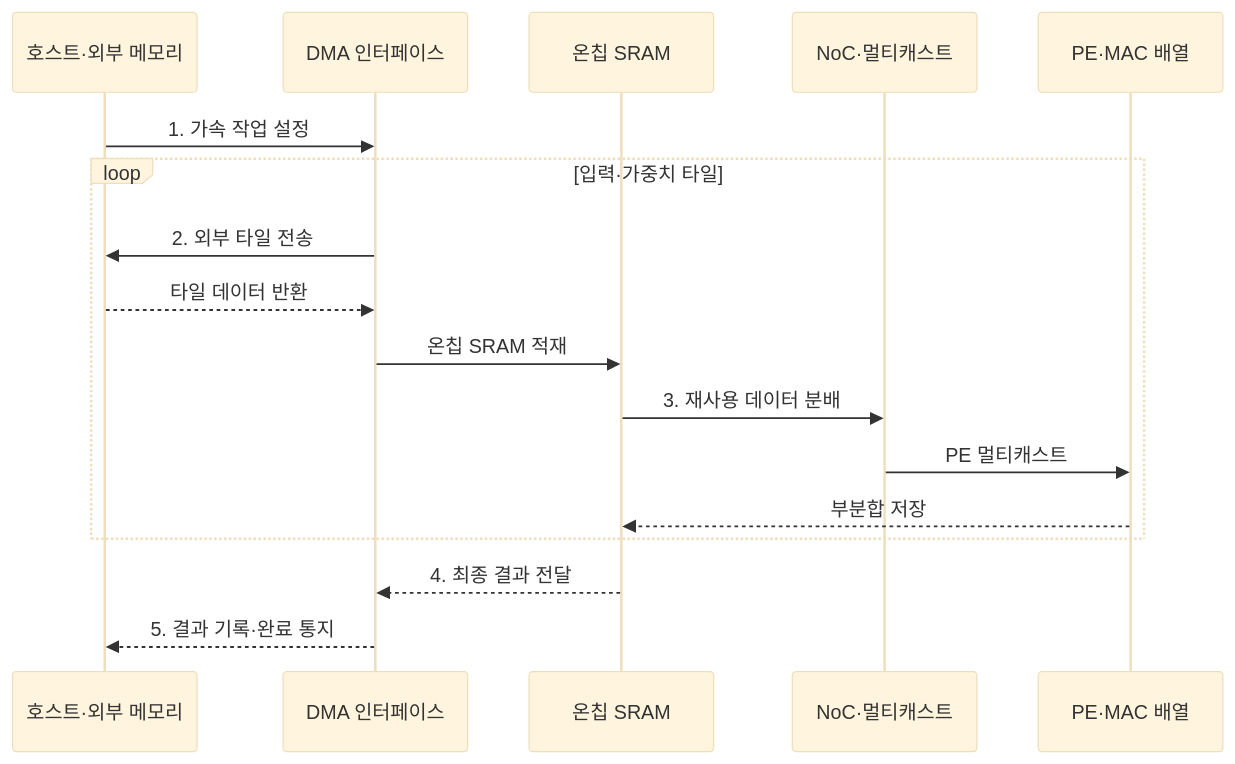
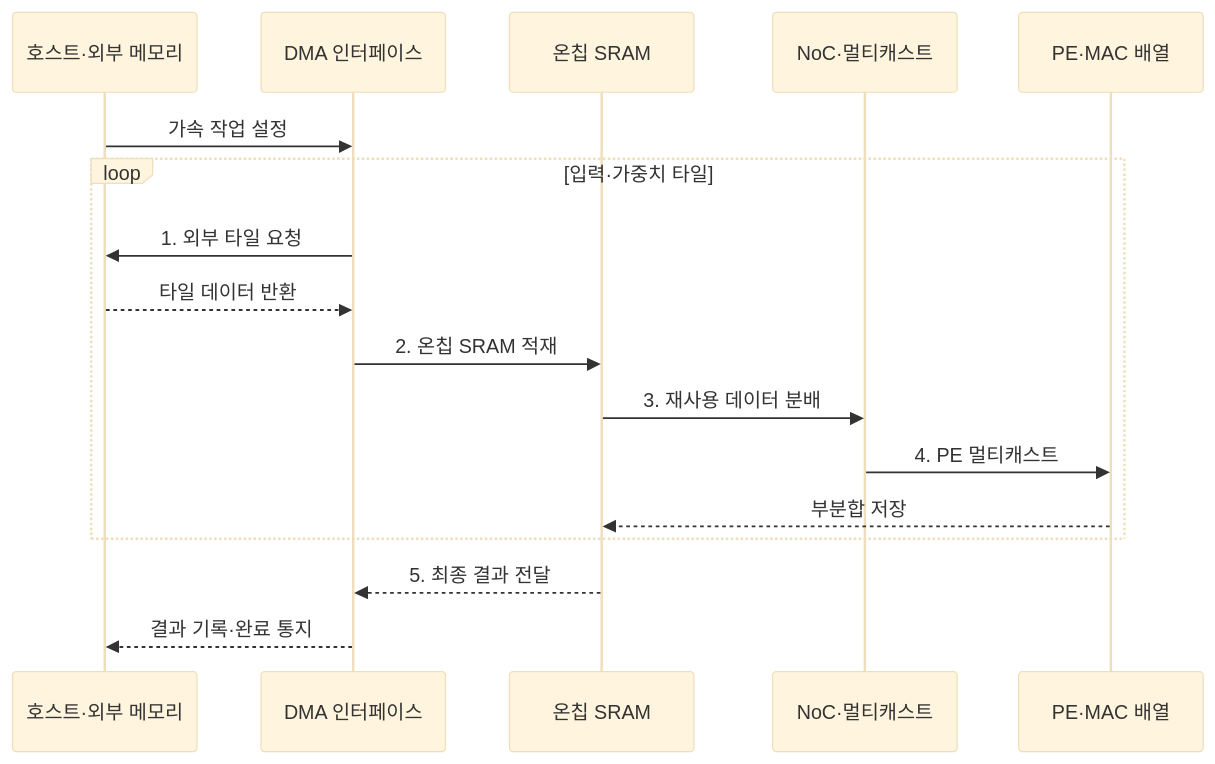
The second of 2 diagrams in src/content/docs/notes/02-hardware/040_asic_ai_acceleration.md (agnusdei1207/knowledge-base), drawn with Mermaid (base theme) before and after one commit. The commit also changed other lines of this file and 20 other files, not shown here.

````diff
--- a/src/content/docs/notes/02-hardware/040_asic_ai_acceleration.md
+++ b/src/content/docs/notes/02-hardware/040_asic_ai_acceleration.md
@@ -94,20 +95,20 @@
 ```mermaid
 sequenceDiagram
     participant H as 호스트·외부 메모리
     participant D as DMA 인터페이스
     participant S as 온칩 SRAM
     participant N as NoC·멀티캐스트
     participant P as PE·MAC 배열
 
-    H->>D: 1. 가속 작업 설정
+    H->>D: 가속 작업 설정
     loop 입력·가중치 타일
-        D->>H: 2. 외부 타일 전송
+        D->>H: 1. 외부 타일 요청
         H-->>D: 타일 데이터 반환
-        D->>S: 온칩 SRAM 적재
+        D->>S: 2. 온칩 SRAM 적재
         S->>N: 3. 재사용 데이터 분배
-        N->>P: PE 멀티캐스트
+        N->>P: 4. PE 멀티캐스트
         P-->>S: 부분합 저장
     end
-    S-->>D: 4. 최종 결과 전달
-    D-->>H: 5. 결과 기록·완료 통지
+    S-->>D: 5. 최종 결과 전달
+    D-->>H: 결과 기록·완료 통지
 ```
````
